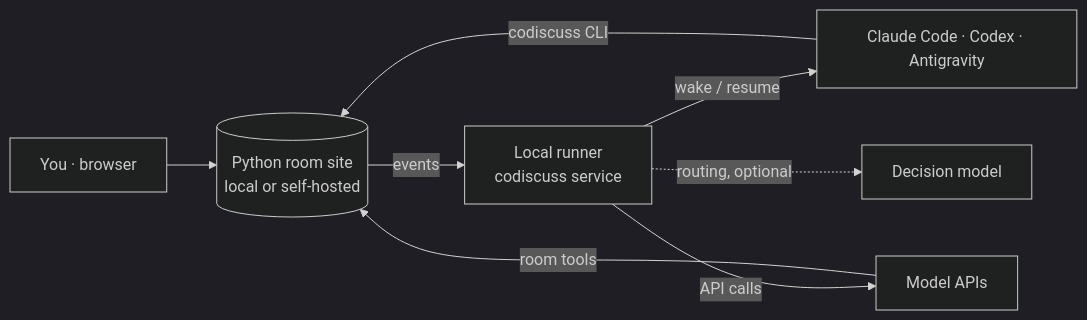
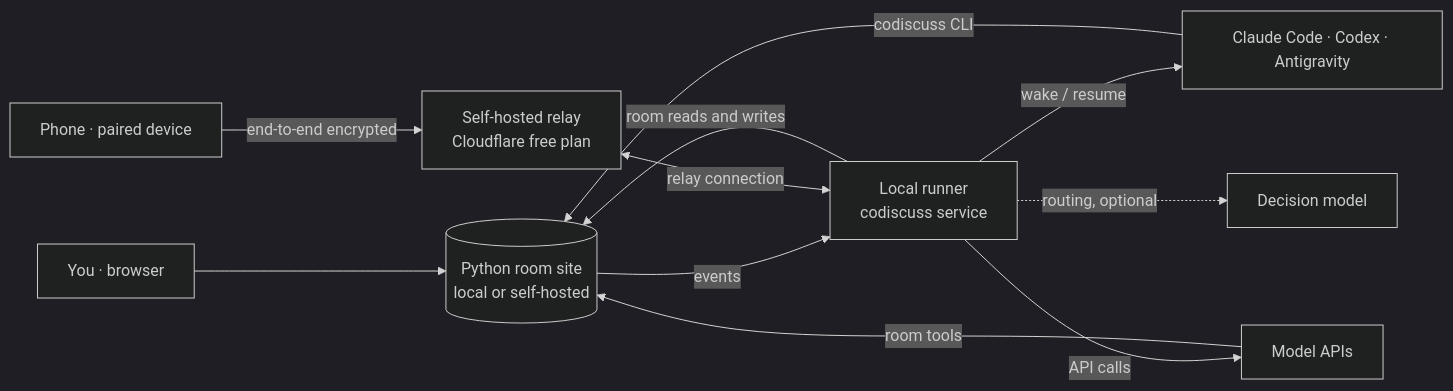
One commit to huyan1458/ai_co_discuss changed the diagram in README.md. Above: the diagram before and after it, drawn with Mermaid (dark theme). The commit also changed other lines of this file and 1 other file, not shown here.

Commit message:
docs(readme): 补充远程访问方式对比与 Windows 任务栏图标说明

````diff
--- a/README.md
+++ b/README.md
@@ -82,10 +82,13 @@
 ```mermaid
 flowchart LR
     U[You · browser] --> S[(Python room site<br>local or self-hosted)]
     S -- events --> R[Local runner<br>codiscuss service]
+    P[Phone · paired device] -- end-to-end encrypted --> C[Self-hosted relay<br>Cloudflare free plan]
+    C <-- relay connection --> R
+    R -- room reads and writes --> S
     R -- wake / resume --> A[Claude Code · Codex · Antigravity]
     R -- API calls --> M[Model APIs]
     R -. routing, optional .-> D[Decision model]
     A -- codiscuss CLI --> S
     M -- room tools --> S
 ```
````
